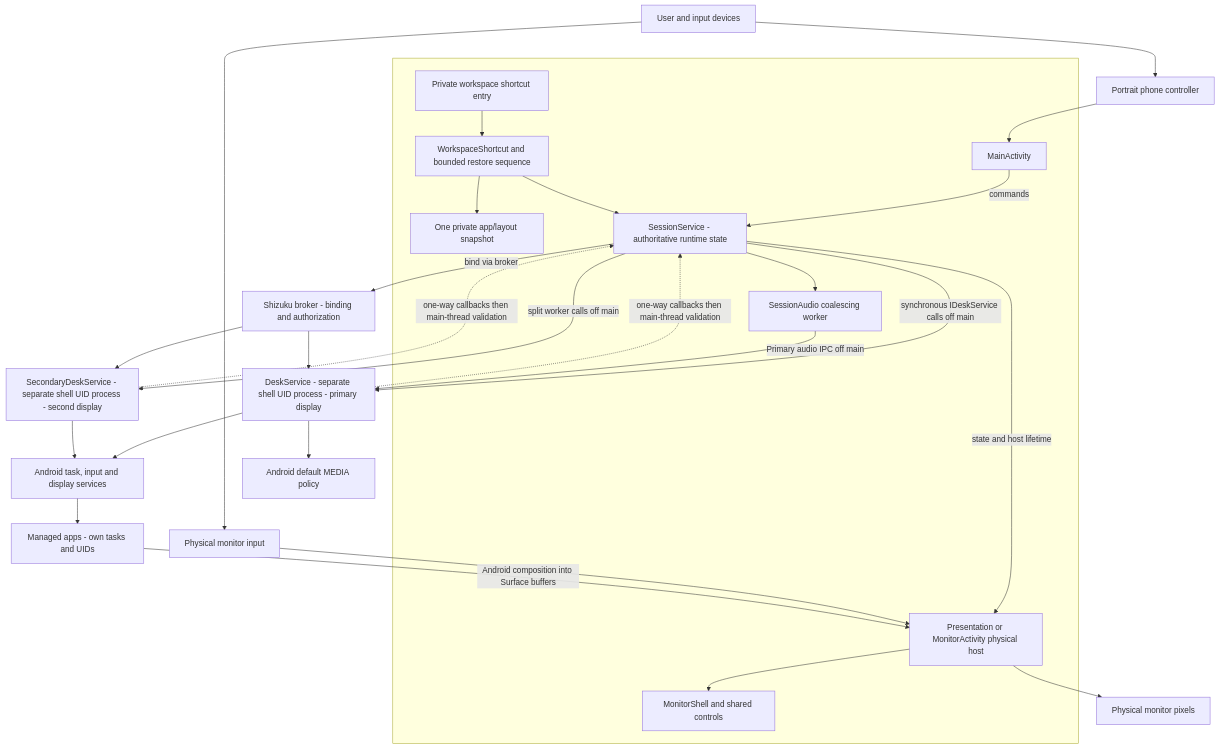
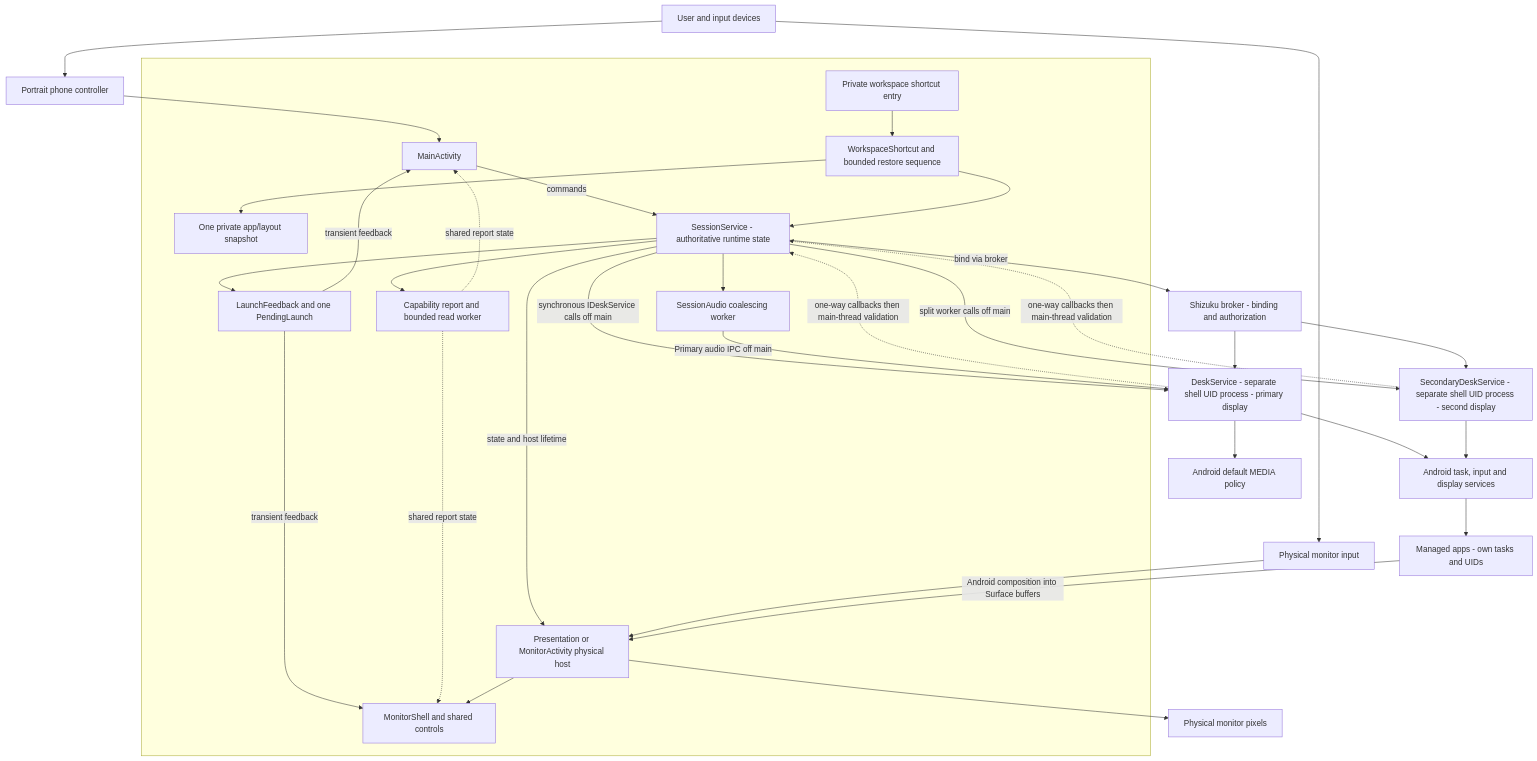
The first of 3 diagrams in docs/architecture/README.md (PhiLong-Ho/DexDroid), drawn with Mermaid before and after one commit. The commit also changed other lines of this file and 67 other files, not shown here.

Commit message:
Add device capabilities and guarded launch feedback for 0.17.0

````diff
--- a/docs/architecture/README.md
+++ b/docs/architecture/README.md
@@ -17,42 +17,50 @@
 ```mermaid
 flowchart TB
     User[User and input devices] --> Phone[Portrait phone controller]
     User --> Physical[Physical monitor input]
     subgraph App[" "]
         Main[MainActivity]
         Shortcut[Private workspace shortcut entry]
         Workspace[WorkspaceShortcut and bounded restore sequence]
         Saved[One private app/layout snapshot]
         Session[SessionService - authoritative runtime state]
+        Launch[LaunchFeedback and one PendingLaunch]
         Audio[SessionAudio coalescing worker]
+        Capabilities[Capability report and bounded read worker]
         Host[Presentation or MonitorActivity physical host]
         UI[MonitorShell and shared controls]
         Main -->|commands| Session
+        Session --> Launch
+        Launch -->|transient feedback| Main
+        Launch -->|transient feedback| UI
         Session --> Audio
+        Session --> Capabilities
+        Capabilities -.->|shared report state| Main
+        Capabilities -.->|shared report state| UI
         Session -->|state and host lifetime| Host
         Host --> UI
     end
     Phone --> Main
     Shortcut --> Workspace
     Workspace --> Session
     Workspace --> Saved
     Physical --> Host
     Broker[Shizuku broker - binding and authorization]
     Primary[DeskService - separate shell UID process - primary display]
     Secondary[SecondaryDeskService - separate shell UID process - second display]
     Session -->|bind via broker| Broker
     Broker --> Primary
     Broker --> Secondary
     Session -->|synchronous IDeskService calls off main| Primary
     Session -->|split worker calls off main| Secondary
     Primary -.->|one-way callbacks then main-thread validation| Session
     Secondary -.->|one-way callbacks then main-thread validation| Session
     OS[Android task, input and display services]
     Audio -->|Primary audio IPC off main| Primary
     Primary --> Media[Android default MEDIA policy]
     Primary --> OS
     Secondary --> OS
     OS --> Managed[Managed apps - own tasks and UIDs]
     Managed -->|Android composition into Surface buffers| Host
     Host --> Output[Physical monitor pixels]
 ```
````
